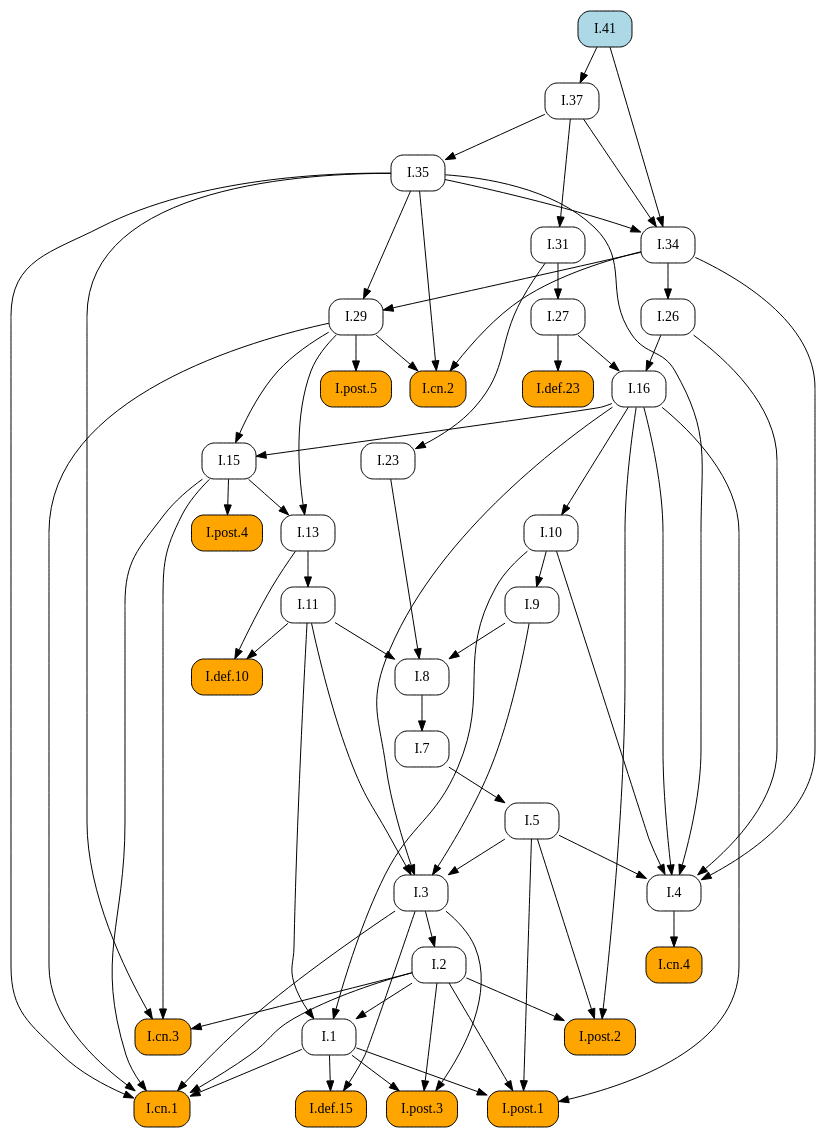
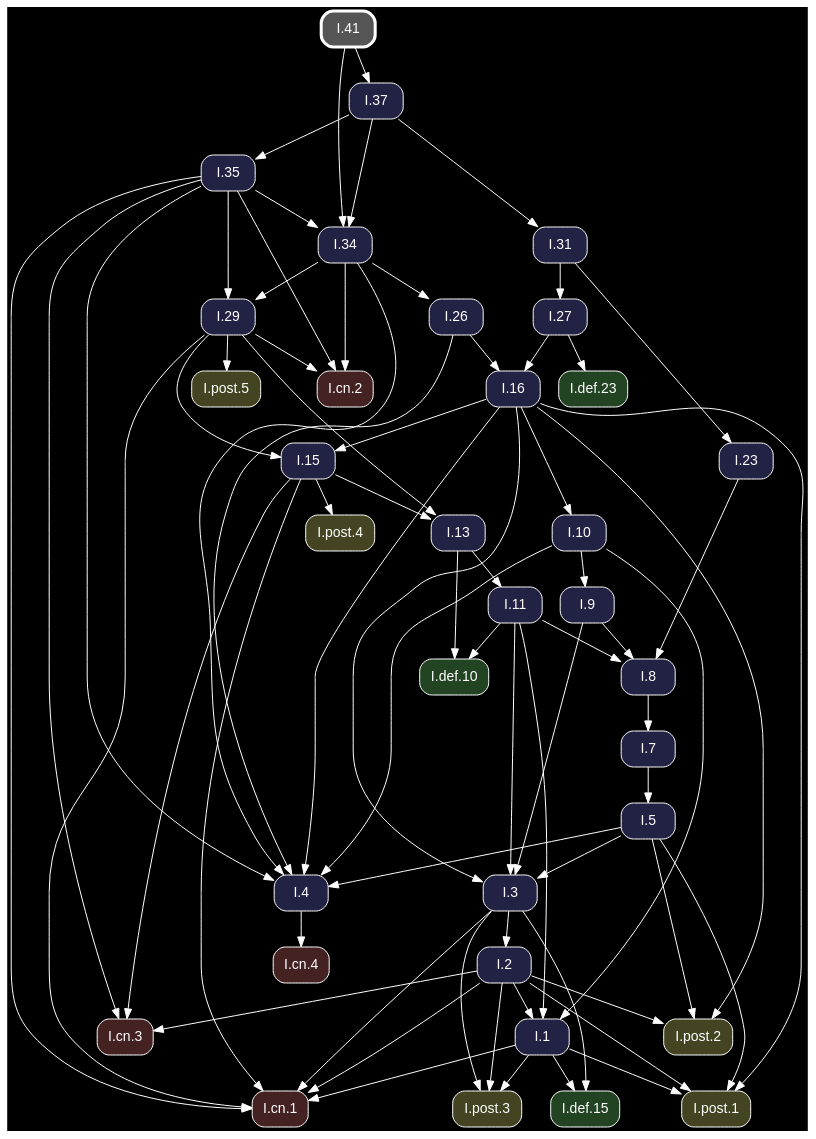
One commit to geometor/elements changed the diagram in docsrc/heath/I/41/index.rst. Above: the diagram before and after it, drawn with Graphviz. The commit also changed other lines of this file and 1200 other files, not shown here.

Commit message:
update dependency graphs

```diff
--- a/docsrc/heath/I/41/index.rst
+++ b/docsrc/heath/I/41/index.rst
@@ -41,109 +41,111 @@
 .. graphviz::
 
    digraph {
+     bgcolor="black";
+     node [shape=box, style="rounded,filled", fontname="Helvetica", color="white", fontcolor="white"];
+     edge [color="white", fontcolor="white"];
      rankdir="TB";
-     node [shape=box, style=rounded];
-     "I.23" [URL="/heath/I/23/", target="_top"];
-     "I.9" [URL="/heath/I/9/", target="_top"];
-     "I.def.15" [style="rounded,filled", fillcolor=orange, URL="/heath/I/def.15/", target="_top"];
-     "I.post.3" [style="rounded,filled", fillcolor=orange, URL="/heath/I/post.3/", target="_top"];
-     "I.post.1" [style="rounded,filled", fillcolor=orange, URL="/heath/I/post.1/", target="_top"];
-     "I.31" [URL="/heath/I/31/", target="_top"];
-     "I.def.10" [style="rounded,filled", fillcolor=orange, URL="/heath/I/def.10/", target="_top"];
-     "I.27" [URL="/heath/I/27/", target="_top"];
-     "I.34" [URL="/heath/I/34/", target="_top"];
-     "I.3" [URL="/heath/I/3/", target="_top"];
-     "I.35" [URL="/heath/I/35/", target="_top"];
-     "I.cn.1" [style="rounded,filled", fillcolor=orange, URL="/heath/I/cn.1/", target="_top"];
-     "I.7" [URL="/heath/I/7/", target="_top"];
-     "I.2" [URL="/heath/I/2/", target="_top"];
-     "I.13" [URL="/heath/I/13/", target="_top"];
-     "I.post.4" [style="rounded,filled", fillcolor=orange, URL="/heath/I/post.4/", target="_top"];
-     "I.4" [URL="/heath/I/4/", target="_top"];
-     "I.1" [URL="/heath/I/1/", target="_top"];
-     "I.5" [URL="/heath/I/5/", target="_top"];
-     "I.37" [URL="/heath/I/37/", target="_top"];
-     "I.8" [URL="/heath/I/8/", target="_top"];
-     "I.cn.3" [style="rounded,filled", fillcolor=orange, URL="/heath/I/cn.3/", target="_top"];
-     "I.29" [URL="/heath/I/29/", target="_top"];
-     "I.16" [URL="/heath/I/16/", target="_top"];
-     "I.15" [URL="/heath/I/15/", target="_top"];
-     "I.10" [URL="/heath/I/10/", target="_top"];
-     "I.11" [URL="/heath/I/11/", target="_top"];
-     "I.def.23" [style="rounded,filled", fillcolor=orange, URL="/heath/I/def.23/", target="_top"];
-     "I.cn.2" [style="rounded,filled", fillcolor=orange, URL="/heath/I/cn.2/", target="_top"];
-     "I.post.5" [style="rounded,filled", fillcolor=orange, URL="/heath/I/post.5/", target="_top"];
-     "I.cn.4" [style="rounded,filled", fillcolor=orange, URL="/heath/I/cn.4/", target="_top"];
-     "I.post.2" [style="rounded,filled", fillcolor=orange, URL="/heath/I/post.2/", target="_top"];
-     "I.41" [style="rounded,filled", fillcolor=lightblue, URL="/heath/I/41/", target="_top"];
-     "I.26" [URL="/heath/I/26/", target="_top"];
-     "I.31" -> "I.23";
-     "I.10" -> "I.9";
-     "I.1" -> "I.def.15";
-     "I.3" -> "I.def.15";
-     "I.1" -> "I.post.3";
-     "I.2" -> "I.post.3";
-     "I.3" -> "I.post.3";
-     "I.1" -> "I.post.1";
-     "I.2" -> "I.post.1";
-     "I.5" -> "I.post.1";
-     "I.16" -> "I.post.1";
+     "I.31" [fillcolor="#222244", URL="/heath/I/31/", target="_top"];
+     "I.3" [fillcolor="#222244", URL="/heath/I/3/", target="_top"];
+     "I.cn.1" [fillcolor="#442222", URL="/heath/I/cn.1/", target="_top"];
+     "I.def.10" [fillcolor="#224422", URL="/heath/I/def.10/", target="_top"];
+     "I.15" [fillcolor="#222244", URL="/heath/I/15/", target="_top"];
+     "I.13" [fillcolor="#222244", URL="/heath/I/13/", target="_top"];
+     "I.27" [fillcolor="#222244", URL="/heath/I/27/", target="_top"];
+     "I.2" [fillcolor="#222244", URL="/heath/I/2/", target="_top"];
+     "I.41" [penwidth=3, color="white", fillcolor="#555555", URL="/heath/I/41/", target="_top"];
+     "I.cn.2" [fillcolor="#442222", URL="/heath/I/cn.2/", target="_top"];
+     "I.9" [fillcolor="#222244", URL="/heath/I/9/", target="_top"];
+     "I.1" [fillcolor="#222244", URL="/heath/I/1/", target="_top"];
+     "I.post.5" [fillcolor="#444422", URL="/heath/I/post.5/", target="_top"];
+     "I.post.4" [fillcolor="#444422", URL="/heath/I/post.4/", target="_top"];
+     "I.23" [fillcolor="#222244", URL="/heath/I/23/", target="_top"];
+     "I.26" [fillcolor="#222244", URL="/heath/I/26/", target="_top"];
+     "I.8" [fillcolor="#222244", URL="/heath/I/8/", target="_top"];
+     "I.4" [fillcolor="#222244", URL="/heath/I/4/", target="_top"];
+     "I.7" [fillcolor="#222244", URL="/heath/I/7/", target="_top"];
+     "I.5" [fillcolor="#222244", URL="/heath/I/5/", target="_top"];
+     "I.10" [fillcolor="#222244", URL="/heath/I/10/", target="_top"];
+     "I.post.1" [fillcolor="#444422", URL="/heath/I/post.1/", target="_top"];
+     "I.11" [fillcolor="#222244", URL="/heath/I/11/", target="_top"];
+     "I.37" [fillcolor="#222244", URL="/heath/I/37/", target="_top"];
+     "I.16" [fillcolor="#222244", URL="/heath/I/16/", target="_top"];
+     "I.cn.3" [fillcolor="#442222", URL="/heath/I/cn.3/", target="_top"];
+     "I.29" [fillcolor="#222244", URL="/heath/I/29/", target="_top"];
+     "I.post.2" [fillcolor="#444422", URL="/heath/I/post.2/", target="_top"];
+     "I.cn.4" [fillcolor="#442222", URL="/heath/I/cn.4/", target="_top"];
+     "I.def.23" [fillcolor="#224422", URL="/heath/I/def.23/", target="_top"];
+     "I.35" [fillcolor="#222244", URL="/heath/I/35/", target="_top"];
+     "I.post.3" [fillcolor="#444422", URL="/heath/I/post.3/", target="_top"];
+     "I.34" [fillcolor="#222244", URL="/heath/I/34/", target="_top"];
+     "I.def.15" [fillcolor="#224422", URL="/heath/I/def.15/", target="_top"];
      "I.37" -> "I.31";
-     "I.11" -> "I.def.10";
-     "I.13" -> "I.def.10";
-     "I.31" -> "I.27";
-     "I.35" -> "I.34";
-     "I.37" -> "I.34";
-     "I.41" -> "I.34";
      "I.5" -> "I.3";
      "I.9" -> "I.3";
      "I.11" -> "I.3";
      "I.16" -> "I.3";
-     "I.37" -> "I.35";
      "I.1" -> "I.cn.1";
      "I.2" -> "I.cn.1";
      "I.3" -> "I.cn.1";
      "I.15" -> "I.cn.1";
      "I.29" -> "I.cn.1";
      "I.35" -> "I.cn.1";
-     "I.8" -> "I.7";
-     "I.3" -> "I.2";
+     "I.11" -> "I.def.10";
+     "I.13" -> "I.def.10";
+     "I.16" -> "I.15";
+     "I.29" -> "I.15";
      "I.15" -> "I.13";
      "I.29" -> "I.13";
+     "I.31" -> "I.27";
+     "I.3" -> "I.2";
+     "I.29" -> "I.cn.2";
+     "I.34" -> "I.cn.2";
+     "I.35" -> "I.cn.2";
+     "I.10" -> "I.9";
+     "I.2" -> "I.1";
+     "I.10" -> "I.1";
+     "I.11" -> "I.1";
+     "I.29" -> "I.post.5";
      "I.15" -> "I.post.4";
+     "I.31" -> "I.23";
+     "I.34" -> "I.26";
+     "I.9" -> "I.8";
+     "I.11" -> "I.8";
+     "I.23" -> "I.8";
      "I.5" -> "I.4";
      "I.10" -> "I.4";
      "I.16" -> "I.4";
      "I.26" -> "I.4";
      "I.34" -> "I.4";
      "I.35" -> "I.4";
-     "I.2" -> "I.1";
-     "I.10" -> "I.1";
-     "I.11" -> "I.1";
+     "I.8" -> "I.7";
      "I.7" -> "I.5";
+     "I.16" -> "I.10";
+     "I.1" -> "I.post.1";
+     "I.2" -> "I.post.1";
+     "I.5" -> "I.post.1";
+     "I.16" -> "I.post.1";
+     "I.13" -> "I.11";
      "I.41" -> "I.37";
-     "I.9" -> "I.8";
-     "I.11" -> "I.8";
-     "I.23" -> "I.8";
+     "I.26" -> "I.16";
+     "I.27" -> "I.16";
      "I.2" -> "I.cn.3";
      "I.15" -> "I.cn.3";
      "I.35" -> "I.cn.3";
      "I.34" -> "I.29";
      "I.35" -> "I.29";
-     "I.26" -> "I.16";
-     "I.27" -> "I.16";
-     "I.16" -> "I.15";
-     "I.29" -> "I.15";
-     "I.16" -> "I.10";
-     "I.13" -> "I.11";
-     "I.27" -> "I.def.23";
-     "I.29" -> "I.cn.2";
-     "I.34" -> "I.cn.2";
-     "I.35" -> "I.cn.2";
-     "I.29" -> "I.post.5";
-     "I.4" -> "I.cn.4";
      "I.2" -> "I.post.2";
      "I.5" -> "I.post.2";
      "I.16" -> "I.post.2";
-     "I.34" -> "I.26";
+     "I.4" -> "I.cn.4";
+     "I.27" -> "I.def.23";
+     "I.37" -> "I.35";
+     "I.1" -> "I.post.3";
+     "I.2" -> "I.post.3";
+     "I.3" -> "I.post.3";
+     "I.35" -> "I.34";
+     "I.37" -> "I.34";
+     "I.41" -> "I.34";
+     "I.1" -> "I.def.15";
+     "I.3" -> "I.def.15";
    }
```
